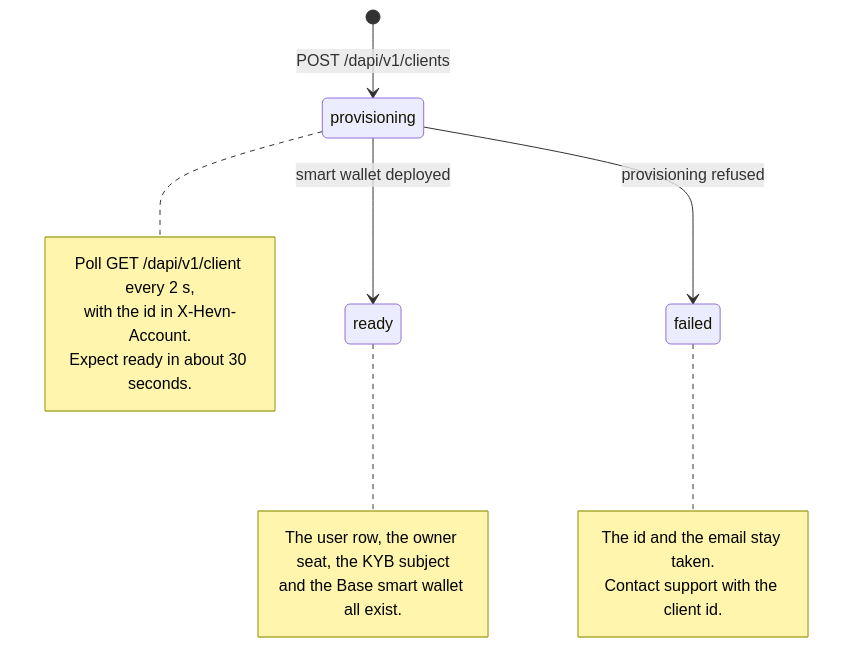
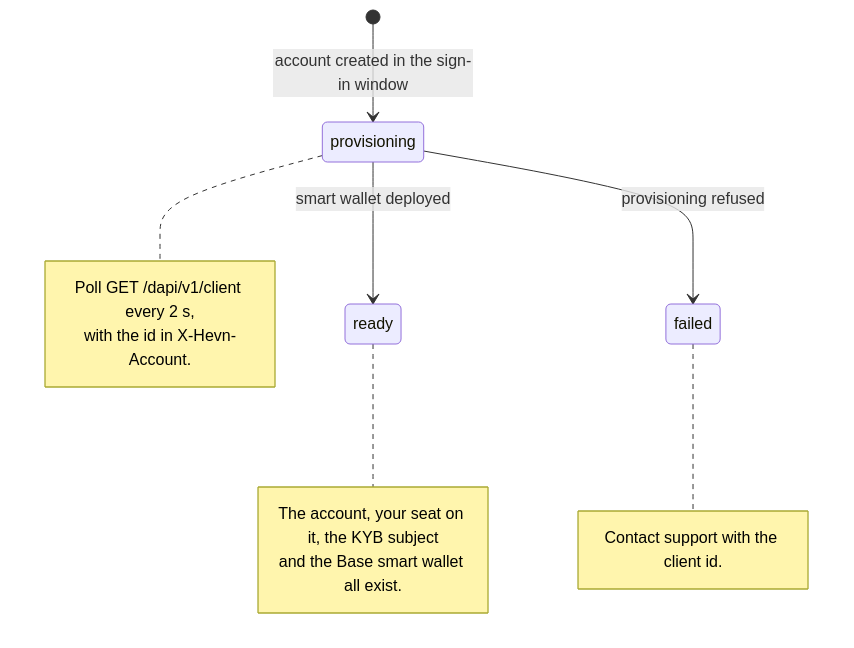
Before and after one commit to hevn-inc/docs: the diagram in whitelabel/clients.mdx, drawn with Mermaid. The commit also changed other lines of this file and 29 other files, not shown here.

````diff
--- a/whitelabel/clients.mdx
+++ b/whitelabel/clients.mdx
@@ -82,20 +28,18 @@
 ```mermaid
 stateDiagram-v2
-    [*] --> provisioning: POST /dapi/v1/clients
+    [*] --> provisioning: account created in the sign-in window
     provisioning --> ready: smart wallet deployed
     provisioning --> failed: provisioning refused
 
     note right of provisioning
         Poll GET /dapi/v1/client every 2 s,
         with the id in X-Hevn-Account.
-        Expect ready in about 30 seconds.
     end note
     note right of ready
-        The user row, the owner seat, the KYB subject
+        The account, your seat on it, the KYB subject
         and the Base smart wallet all exist.
     end note
     note right of failed
-        The id and the email stay taken.
         Contact support with the client id.
     end note
 ```
````
